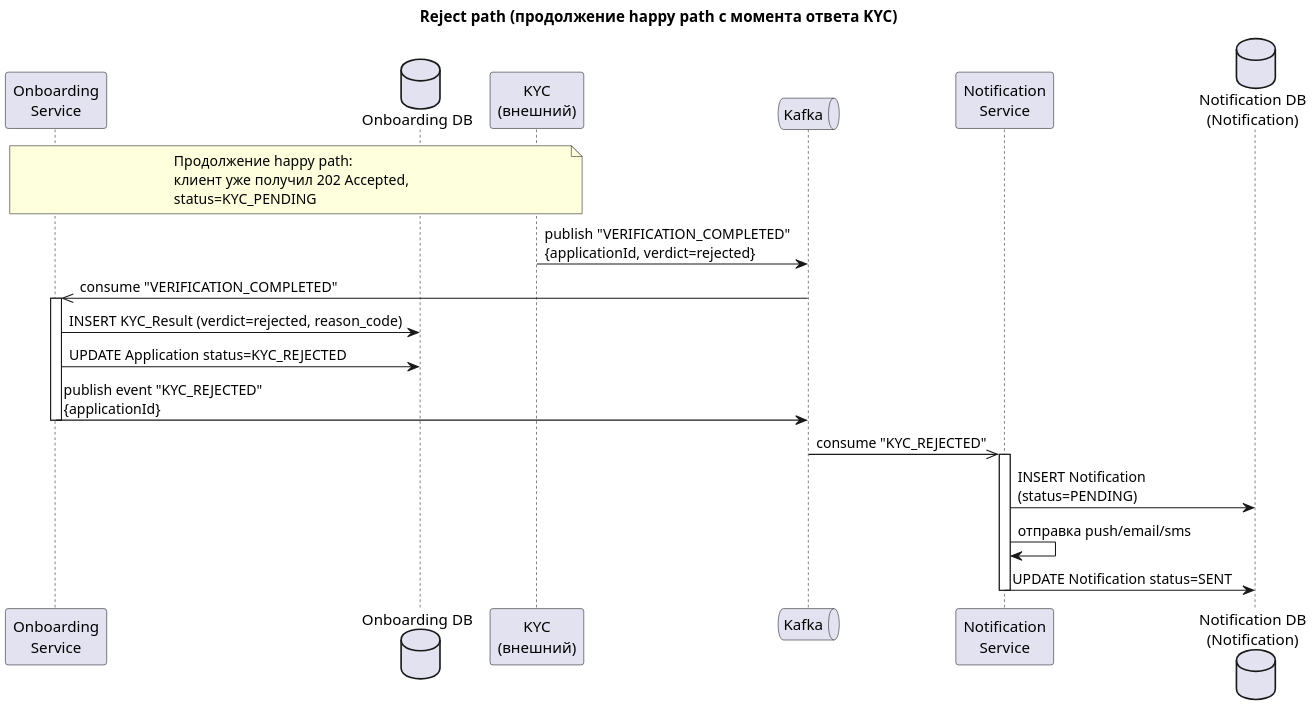
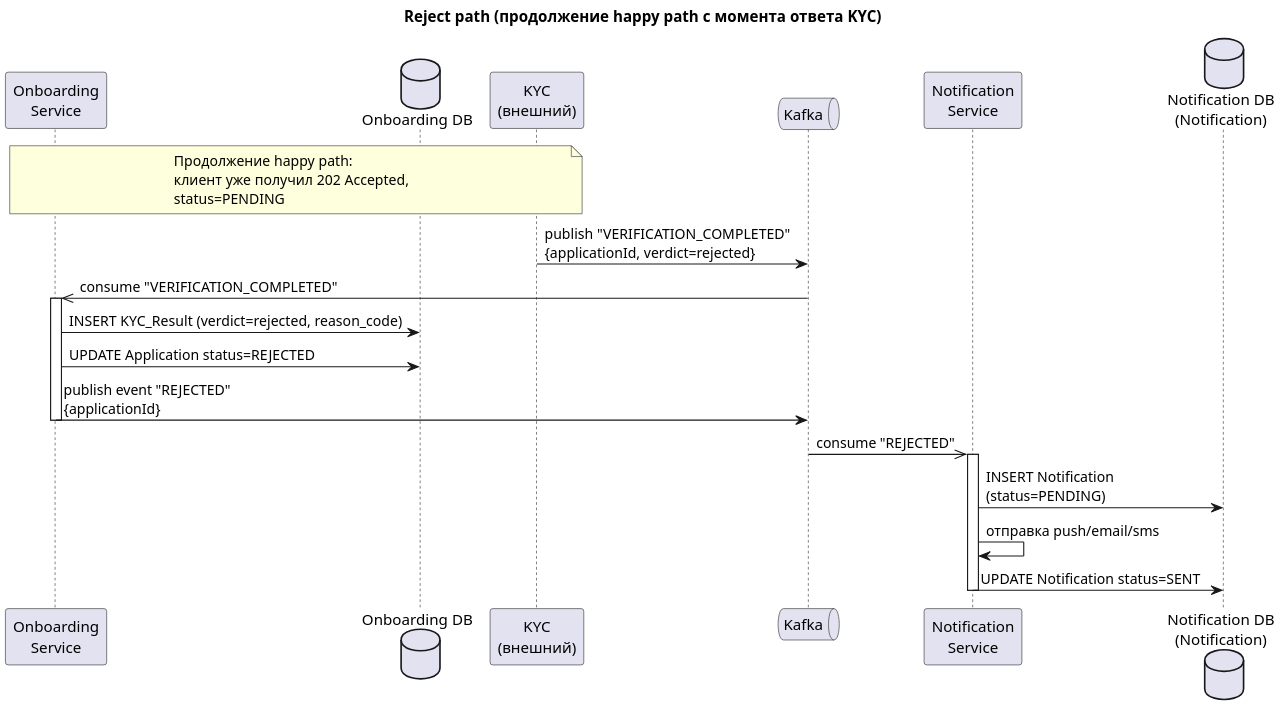
One commit to PulyaIvan/digital-client-onboarding changed the diagram in diagrams/sequence/Диаграмма состояний онбординг клиента — reject.puml. Above: the diagram before and after it, drawn with PlantUML. The commit also changed 17 other files, not shown here.

First line of the commit message:
feat: обновление спецификации OpenAPI и схемы базы данных для онбординга клиентов

```diff
--- a/diagrams/sequence/Диаграмма состояний онбординг клиента — reject.puml
+++ b/diagrams/sequence/Диаграмма состояний онбординг клиента — reject.puml
@@ -1,33 +1,33 @@
 @startuml Онбординг клиента — reject path
 title Reject path (продолжение happy path с момента ответа KYC)
 scale 2
 
 participant "Onboarding\nService" as svc
 database "Onboarding DB" as db_svc
 participant "KYC\n(внешний)" as kyc
 queue "Kafka" as bm
 participant "Notification\nService" as ns
 database "Notification DB\n(Notification)" as db_ns
 
 note over kyc, svc
   Продолжение happy path:
   клиент уже получил 202 Accepted,
-  status=KYC_PENDING
+  status=PENDING
 end note
 
 kyc -> bm: publish "VERIFICATION_COMPLETED"\n{applicationId, verdict=rejected}
 bm ->> svc: consume "VERIFICATION_COMPLETED"
 activate svc
 svc -> db_svc: INSERT KYC_Result (verdict=rejected, reason_code)
-svc -> db_svc: UPDATE Application status=KYC_REJECTED
-svc -> bm: publish event "KYC_REJECTED"\n{applicationId}
+svc -> db_svc: UPDATE Application status=REJECTED
+svc -> bm: publish event "REJECTED"\n{applicationId}
 deactivate svc
 
-bm ->> ns: consume "KYC_REJECTED"
+bm ->> ns: consume "REJECTED"
 activate ns
 ns -> db_ns: INSERT Notification\n(status=PENDING)
 ns -> ns: отправка push/email/sms
 ns -> db_ns: UPDATE Notification status=SENT
 deactivate ns
 
 @enduml
```
